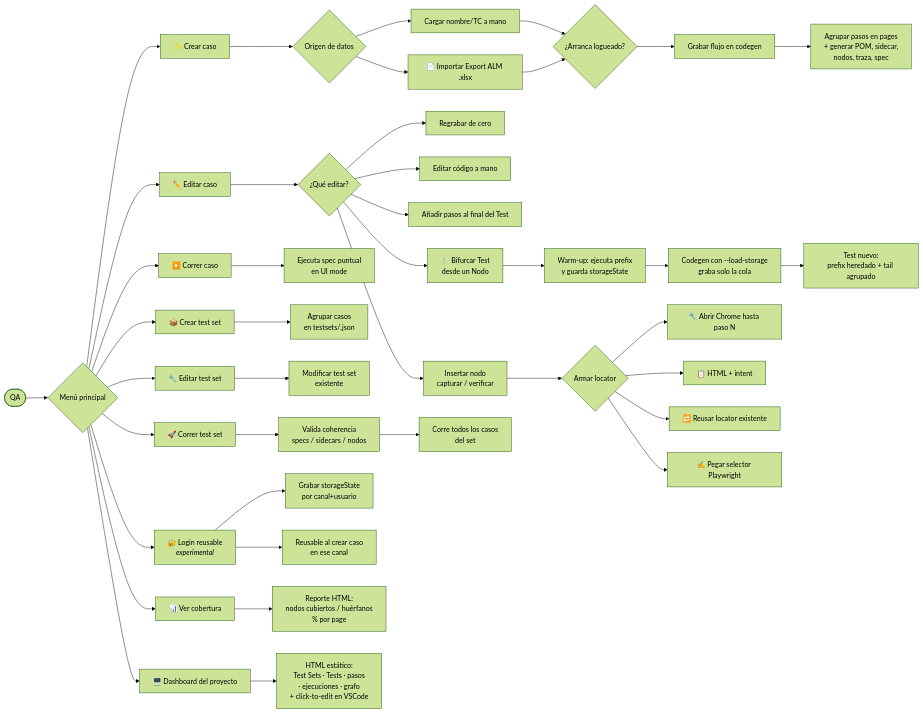
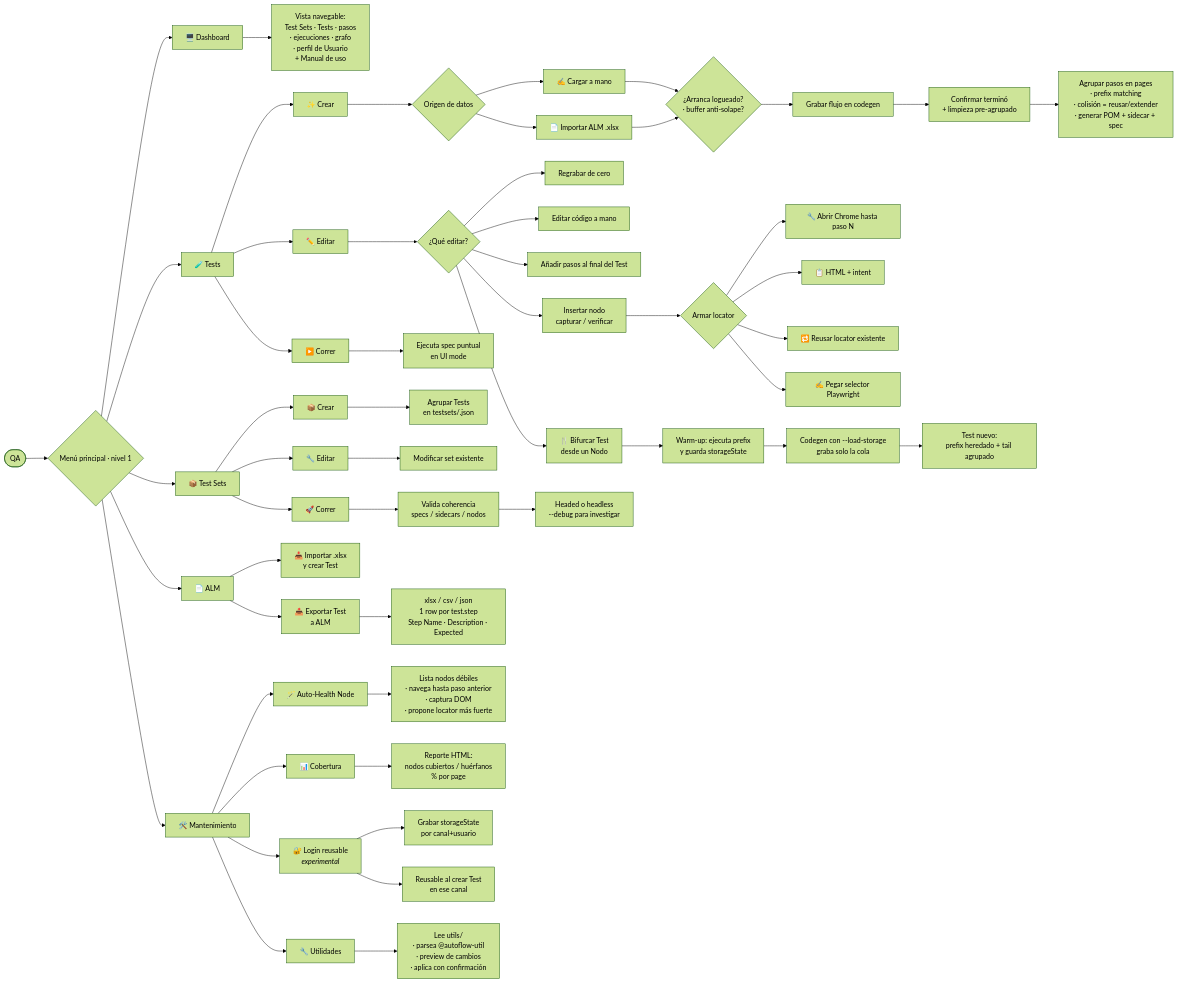
The second of 4 diagrams in README.md (blass1/AutoFlowAgent), drawn with Mermaid (forest theme) before and after one commit. The commit also changed other lines of this file and 3 other files, not shown here.

First line of the commit message:
feat(dashboard): manual de uso embebido + actualizar README al estado real

````diff
--- a/README.md
+++ b/README.md
@@ -53,53 +53,72 @@
 ```mermaid
 flowchart LR
     QA([QA])
-    Menu{Menú principal}
+    Menu{Menú principal · nivel 1}
 
     QA --> Menu
 
-    Menu --> Crear[✨ Crear caso]
-    Menu --> Editar[✏️ Editar caso]
-    Menu --> Correr[▶️ Correr caso]
-    Menu --> CrearTS[📦 Crear test set]
-    Menu --> EditarTS[🔧 Editar test set]
-    Menu --> CorrerTS[🚀 Correr test set]
-    Menu --> Auth[🔐 Login reusable<br/><i>experimental</i>]
-    Menu --> Cob[📊 Ver cobertura]
-    Menu --> Dash[🖥️ Dashboard del proyecto]
+    Menu --> Dash[🖥️ Dashboard]
+    Menu --> Tests[🧪 Tests]
+    Menu --> TS[📦 Test Sets]
+    Menu --> ALM[📄 ALM]
+    Menu --> Mant[🛠️ Mantenimiento]
+
+    Tests --> Crear[✨ Crear]
+    Tests --> Editar[✏️ Editar]
+    Tests --> Correr[▶️ Correr]
+
+    TS --> CrearTS[📦 Crear]
+    TS --> EditarTS[🔧 Editar]
+    TS --> CorrerTS[🚀 Correr]
+
+    ALM --> ALMImp[📥 Importar .xlsx<br/>y crear Test]
+    ALM --> ALMExp[📤 Exportar Test<br/>a ALM]
+
+    Mant --> AHN[🪄 Auto-Health Node]
+    Mant --> Cob[📊 Cobertura]
+    Mant --> Auth[🔐 Login reusable<br/><i>experimental</i>]
+    Mant --> Utils[🔧 Utilidades]
 
     Crear --> CrearOrigen{Origen de datos}
-    CrearOrigen --> CrearManual[Cargar nombre/TC a mano]
-    CrearOrigen --> CrearALM[📄 Importar Export ALM .xlsx]
-    CrearManual --> CrearLogin{¿Arranca logueado?}
-    CrearALM --> CrearLogin
+    CrearOrigen --> CrearManual[✍️ Cargar a mano]
+    CrearOrigen --> CrearALMImp[📄 Importar ALM .xlsx]
+    CrearManual --> CrearLogin{¿Arranca logueado?<br/>· buffer anti-solape?}
+    CrearALMImp --> CrearLogin
     CrearLogin --> CrearGrabar[Grabar flujo en codegen]
-    CrearGrabar --> CrearPOM[Agrupar pasos en pages<br/>+ generar POM, sidecar,<br/>nodos, traza, spec]
+    CrearGrabar --> CrearConfirm[Confirmar terminó<br/>+ limpieza pre-agrupado]
+    CrearConfirm --> CrearPOM[Agrupar pasos en pages<br/>· prefix matching<br/>· colisión = reusar/extender<br/>· generar POM + sidecar + spec]
 
     Editar --> EditarQue{¿Qué editar?}
     EditarQue --> EditRegrabar[Regrabar de cero]
     EditarQue --> EditCodigo[Editar código a mano]
     EditarQue --> EditAppend[Añadir pasos al final del Test]
     EditarQue --> EditNodo[Insertar nodo<br/>capturar / verificar]
     EditarQue --> EditFork[🍴 Bifurcar Test<br/>desde un Nodo]
     EditFork --> ForkWarmup[Warm-up: ejecuta prefix<br/>y guarda storageState]
     ForkWarmup --> ForkTail[Codegen con --load-storage<br/>graba solo la cola]
     ForkTail --> ForkSpec[Test nuevo:<br/>prefix heredado + tail agrupado]
     EditNodo --> EditNodoLoc{Armar locator}
     EditNodoLoc --> LocPause[🔧 Abrir Chrome hasta paso N]
     EditNodoLoc --> LocHTML[📋 HTML + intent]
     EditNodoLoc --> LocReusar[🔁 Reusar locator existente]
     EditNodoLoc --> LocPegar[✍️ Pegar selector Playwright]
 
     Correr --> CorrerUI[Ejecuta spec puntual<br/>en UI mode]
 
-    CrearTS --> TSAgrupar[Agrupar casos<br/>en testsets/.json]
-    EditarTS --> TSEditar[Modificar test set<br/>existente]
+    CrearTS --> TSAgrupar[Agrupar Tests<br/>en testsets/.json]
+    EditarTS --> TSEditar[Modificar set existente]
     CorrerTS --> TSValidar[Valida coherencia<br/>specs / sidecars / nodos]
-    TSValidar --> TSCorrer[Corre todos los casos<br/>del set]
+    TSValidar --> TSCorrer[Headed o headless<br/>--debug para investigar]
+
+    AHN --> AHNFlow[Lista nodos débiles<br/>· navega hasta paso anterior<br/>· captura DOM<br/>· propone locator más fuerte]
 
     Auth --> AuthGrabar[Grabar storageState<br/>por canal+usuario]
-    Auth --> AuthReuso[Reusable al crear caso<br/>en ese canal]
+    Auth --> AuthReuso[Reusable al crear Test<br/>en ese canal]
+
+    ALMExp --> ALMExpFlow[xlsx / csv / json<br/>1 row por test.step<br/>Step Name · Description · Expected]
+
+    Utils --> UtilsFlow[Lee utils/<br/>· parsea @autoflow-util<br/>· preview de cambios<br/>· aplica con confirmación]
 
     Cob --> CobReporte[Reporte HTML:<br/>nodos cubiertos / huérfanos<br/>% por page]
-    Dash --> DashHtml[HTML estático:<br/>Test Sets · Tests · pasos<br/>· ejecuciones · grafo<br/>+ click-to-edit en VSCode]
+    Dash --> DashHtml[Vista navegable:<br/>Test Sets · Tests · pasos<br/>· ejecuciones · grafo<br/>· perfil de Usuario<br/>+ Manual de uso]
 ```
````
